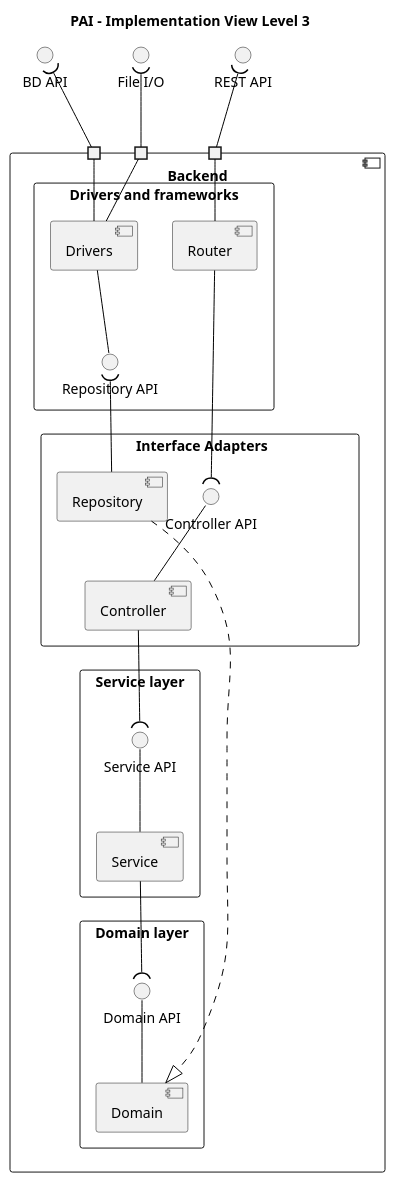
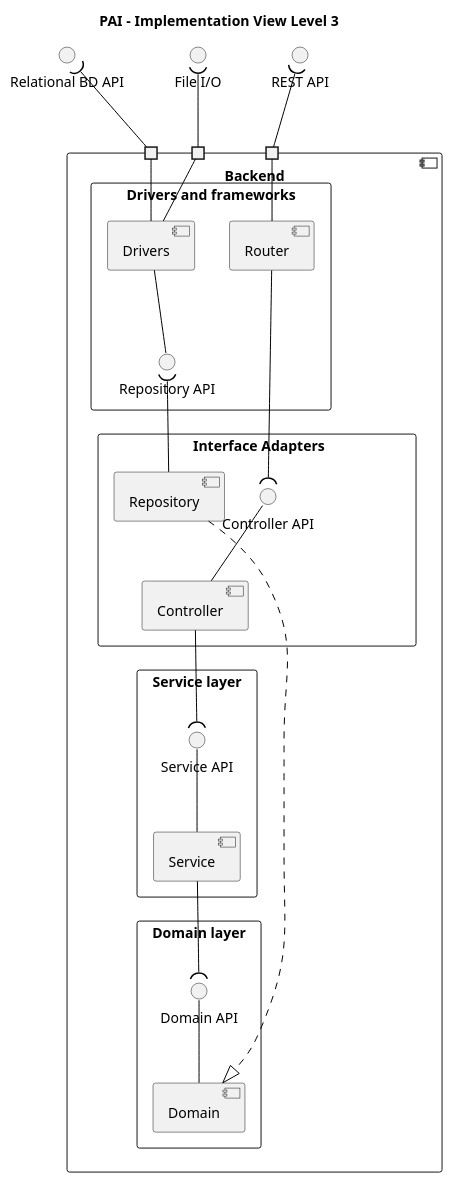
Before and after one commit to GasparISEP/DevOps-PAI: the diagram in docs/Sprint_6/ImplementationView/Level3.puml, drawn with PlantUML. The commit also changed 1 other file, not shown here.

Commit message:
refactor (diagrams): refactor Level 3 Logic View and Implementation View diagrams  with minor adjustments #675 #713

```diff
--- a/docs/Sprint_6/ImplementationView/Level3.puml
+++ b/docs/Sprint_6/ImplementationView/Level3.puml
@@ -1,67 +1,67 @@
 @startuml
 
 skinparam componentStyle component
 skinparam ArrowColor black
 skinparam defaultTextAlignment center
 
 title "PAI - Implementation View Level 3"
 
     interface "REST API" as RESTAPI
     interface "File I/O" as FileIO
-    interface "BD API" as BDAPI
+    interface "Relational BD API" as BDAPI
 
 component "Backend" {
     portin " " as p1
     portin " " as p3
     portin " " as p2
 
   rectangle "Drivers and frameworks" {
 
     component Drivers
     component "Router"
 
     Router -up- p1
     Drivers -up- p2
     Drivers -up- p3
 
     interface "Repository API" as IDrivers
 
     Drivers -down- IDrivers
   }
 
   rectangle "                        Interface Adapters                       " {
     component Repository
     component Controller
 
     interface "Controller API" as IController
 
     Controller -up- IController
   }
 
   rectangle "Service layer" {
     component Service
     interface "Service API" as IService
 
     Service -up- IService
   }
 
   rectangle "Domain layer" {
     component Domain
     interface "Domain API" as IDomain
 
     Domain -up- IDomain
   }
 
   p1 -up-( RESTAPI
   p2 -up-( FileIO
   p3 -up-( BDAPI
 
   Router -left-( IController
   Repository -up-( IDrivers
 
   Controller -down-( IService
   Service -down-( IDomain
 
   Repository -.|> Domain
 }
 @enduml
```
